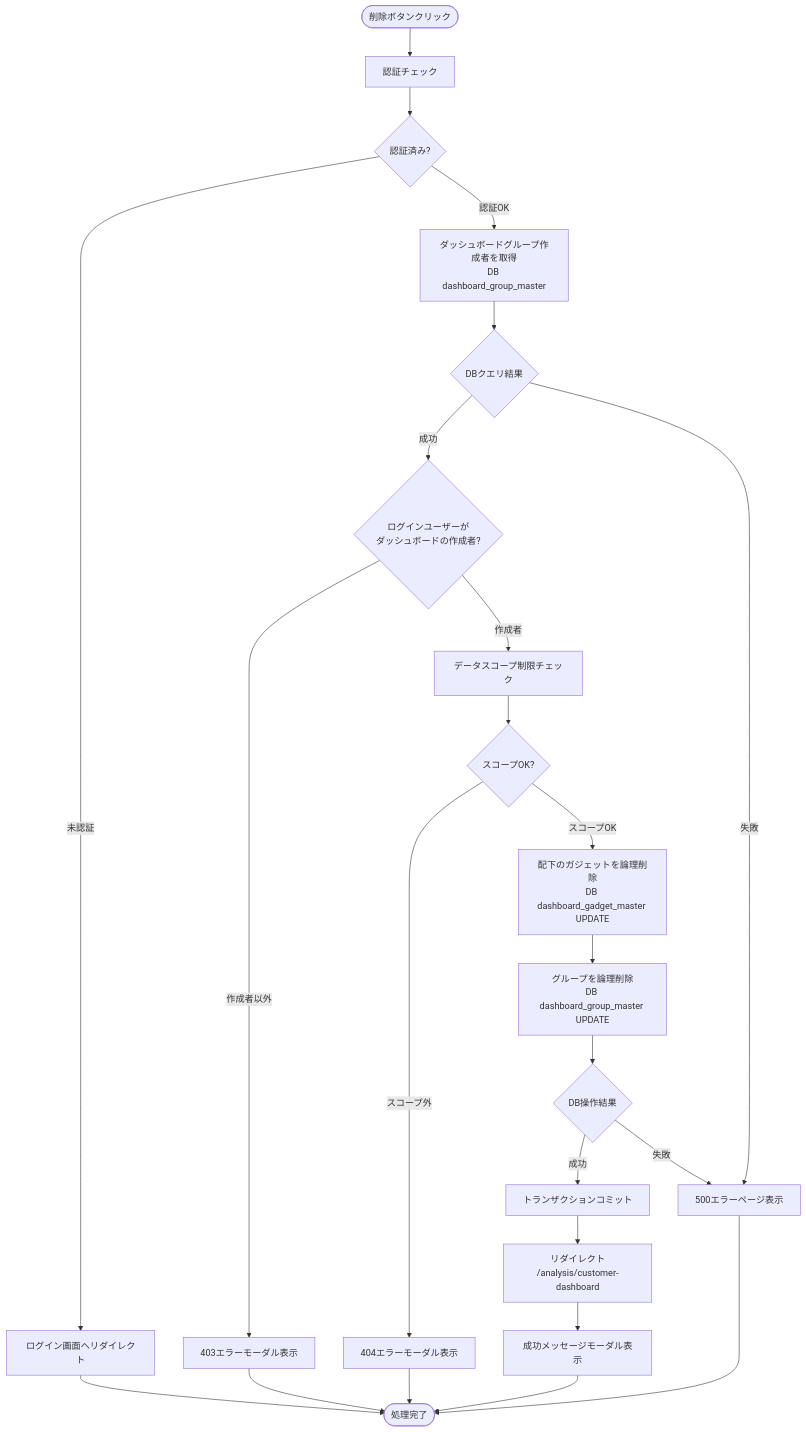
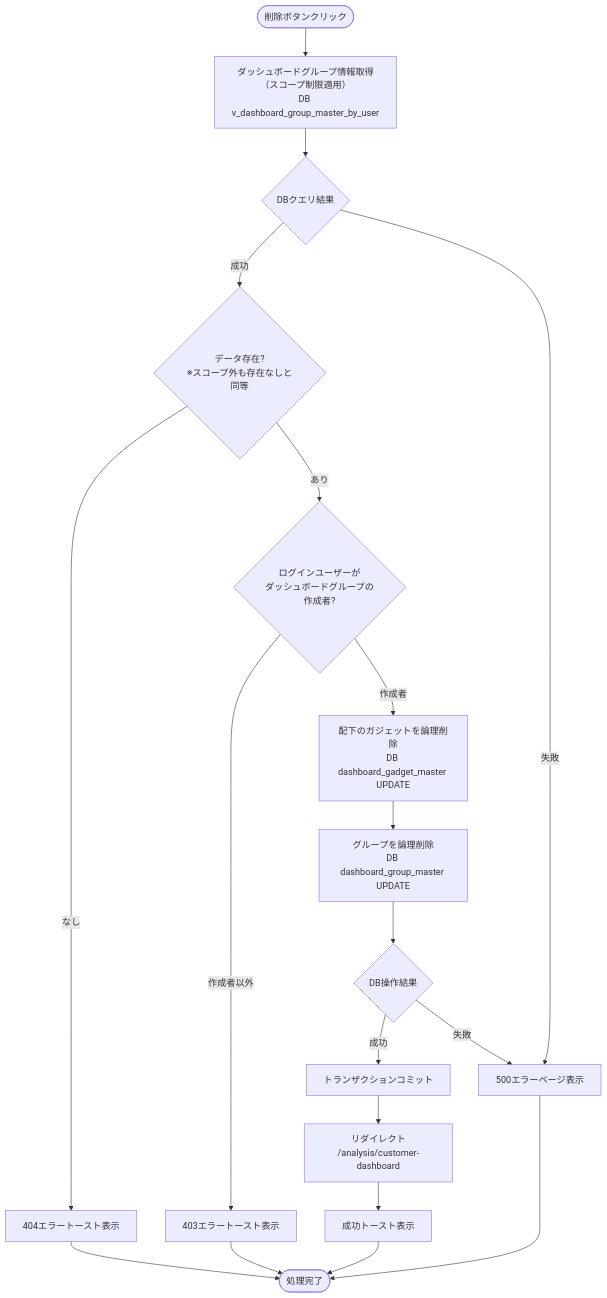
One commit to NSW-SVCP-AIWG002/Databricks-IoT changed the eighth of 17 diagrams in docs/03-features/flask-app/customer-dashboard/common/workflow-specification.md. Above: the diagram before and after it, drawn with Mermaid. The commit also changed other lines of this file and 3 other files, not shown here.

````diff
--- a/docs/03-features/flask-app/customer-dashboard/common/workflow-specification.md
+++ b/docs/03-features/flask-app/customer-dashboard/common/workflow-specification.md
@@ -1587,32 +1824,26 @@
 ```mermaid
 flowchart TD
-    Start([削除ボタンクリック]) --> Auth[認証チェック]
-    Auth --> CheckAuth{認証済み?}
-    CheckAuth -->|未認証| LoginRedirect[ログイン画面へリダイレクト]
-    CheckAuth -->|認証OK| DashboardGroupQuery[ダッシュボードグループ作成者を取得<br>DB dashboard_group_master]
+    Start([削除ボタンクリック]) --> GroupQuery[ダッシュボードグループ情報取得（スコープ制限適用）<br>DB v_dashboard_group_master_by_user]
+    GroupQuery --> CheckGroupQuery{DBクエリ結果}
+    CheckGroupQuery -->|成功| CheckGroup{データ存在?<br>※スコープ外も存在なしと同等}
+    CheckGroupQuery -->|失敗| Error500[500エラーページ表示]
 
-    DashboardGroupQuery --> CheckDashboardGroupQuery{DBクエリ結果}
-    CheckDashboardGroupQuery -->|成功| CheckCreator{ログインユーザーが<br>ダッシュボードの作成者?}
-    CheckDashboardGroupQuery -->|失敗| Error500[500エラーページ表示]
+    CheckGroup -->|なし| Error404[404エラートースト表示]
+    CheckGroup -->|あり| CheckCreator{ログインユーザーが<br>ダッシュボードグループの作成者?}
 
-    CheckCreator -->|作成者以外| Error403[403エラーモーダル表示]
-    CheckCreator -->|作成者| Scope[データスコープ制限チェック]
-
-    Scope --> CheckScope{スコープOK?}
-    CheckScope -->|スコープ外| Error404[404エラーモーダル表示]
-    CheckScope -->|スコープOK| DeleteGadgets[配下のガジェットを論理削除<br>DB dashboard_gadget_master UPDATE]
+    CheckCreator -->|作成者以外| Error403[403エラートースト表示]
+    CheckCreator -->|作成者| DeleteGadgets[配下のガジェットを論理削除<br>DB dashboard_gadget_master UPDATE]
 
     DeleteGadgets --> DeleteGroup[グループを論理削除<br>DB dashboard_group_master UPDATE]
     DeleteGroup --> CheckDelete{DB操作結果}
     CheckDelete -->|成功| Commit[トランザクションコミット]
     CheckDelete -->|失敗| Error500
 
     Commit --> Redirect[リダイレクト<br>/analysis/customer-dashboard]
-    Redirect --> 200OK[成功メッセージモーダル表示]
+    Redirect --> 200OK[成功トースト表示]
 
-    LoginRedirect --> End([処理完了])
-    200OK --> End
+    200OK --> End([処理完了])
     Error403 --> End
     Error404 --> End
     Error500 --> End
 ```
````
